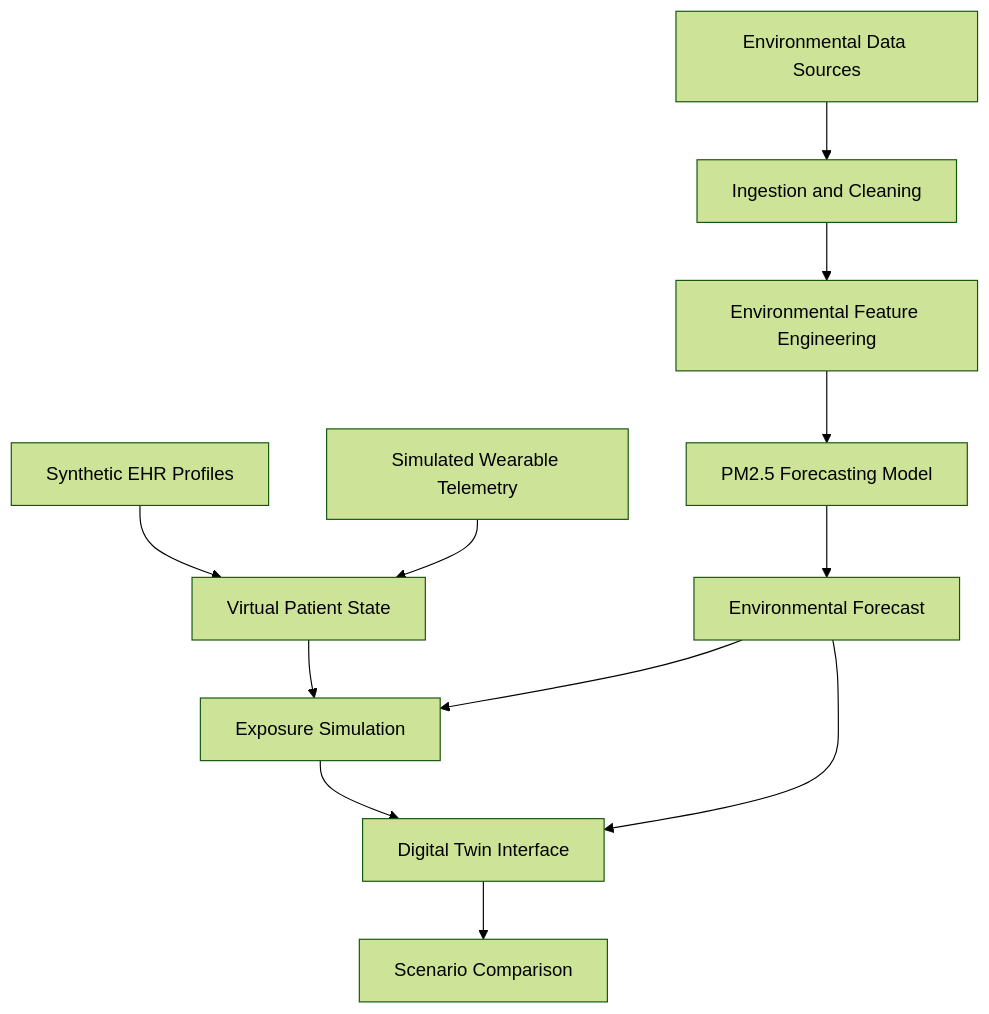
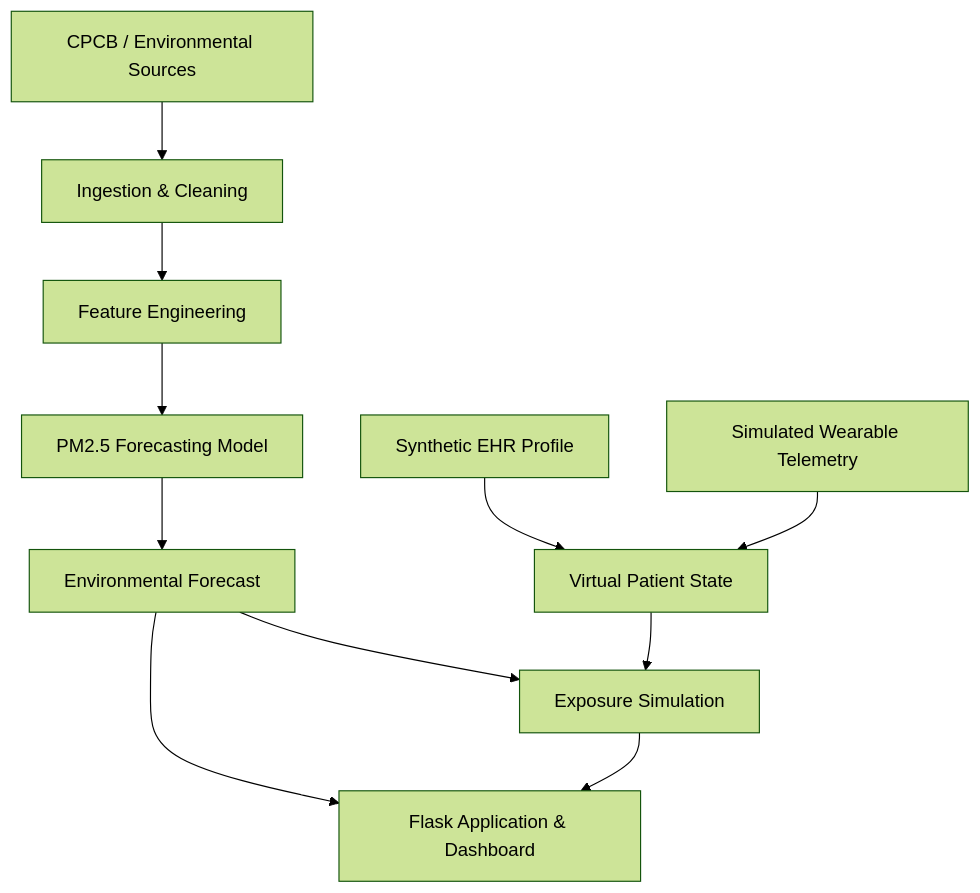
One commit to srivastavanandani190-lang/AeroTwin changed the second of 2 diagrams in README.md. Above: the diagram before and after it, drawn with Mermaid (forest theme). The commit also changed other lines of this file, not shown here.

````diff
--- a/README.md
+++ b/README.md
@@ -267,14 +249,13 @@
 ```mermaid
 flowchart TD
-    A["Environmental Data Sources"] --> B["Ingestion and Cleaning"]
-    C["Synthetic EHR Profiles"] --> D["Virtual Patient State"]
-    E["Simulated Wearable Telemetry"] --> D
-    B --> F["Environmental Feature Engineering"]
-    F --> G["PM2.5 Forecasting Model"]
-    G --> H["Environmental Forecast"]
-    H --> I["Exposure Simulation"]
-    D --> I
-    I --> J["Digital Twin Interface"]
-    H --> J
-    J --> K["Scenario Comparison"]
+    A["CPCB / Environmental Sources"] --> B["Ingestion & Cleaning"]
+    B --> C["Feature Engineering"]
+    C --> D["PM2.5 Forecasting Model"]
+    D --> E["Environmental Forecast"]
+    F["Synthetic EHR Profile"] --> H["Virtual Patient State"]
+    G["Simulated Wearable Telemetry"] --> H
+    E --> I["Exposure Simulation"]
+    H --> I
+    I --> J["Flask Application & Dashboard"]
+    E --> J
 ```
````
